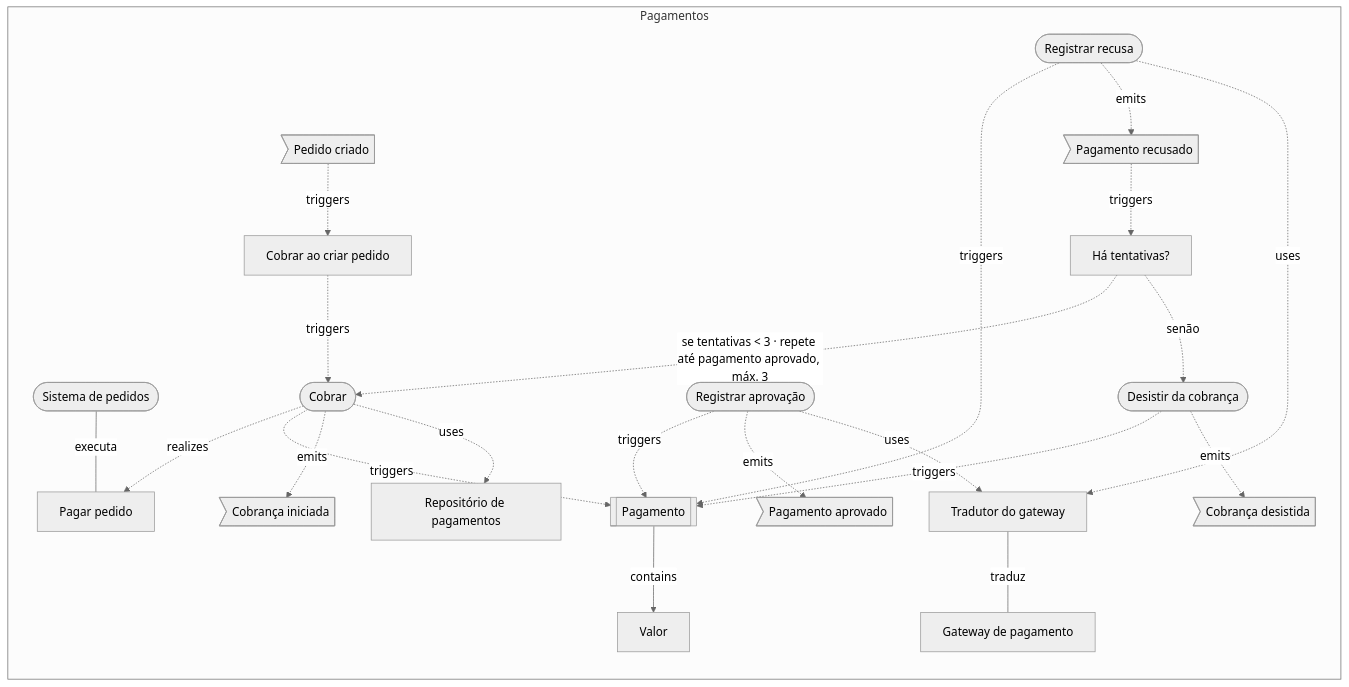
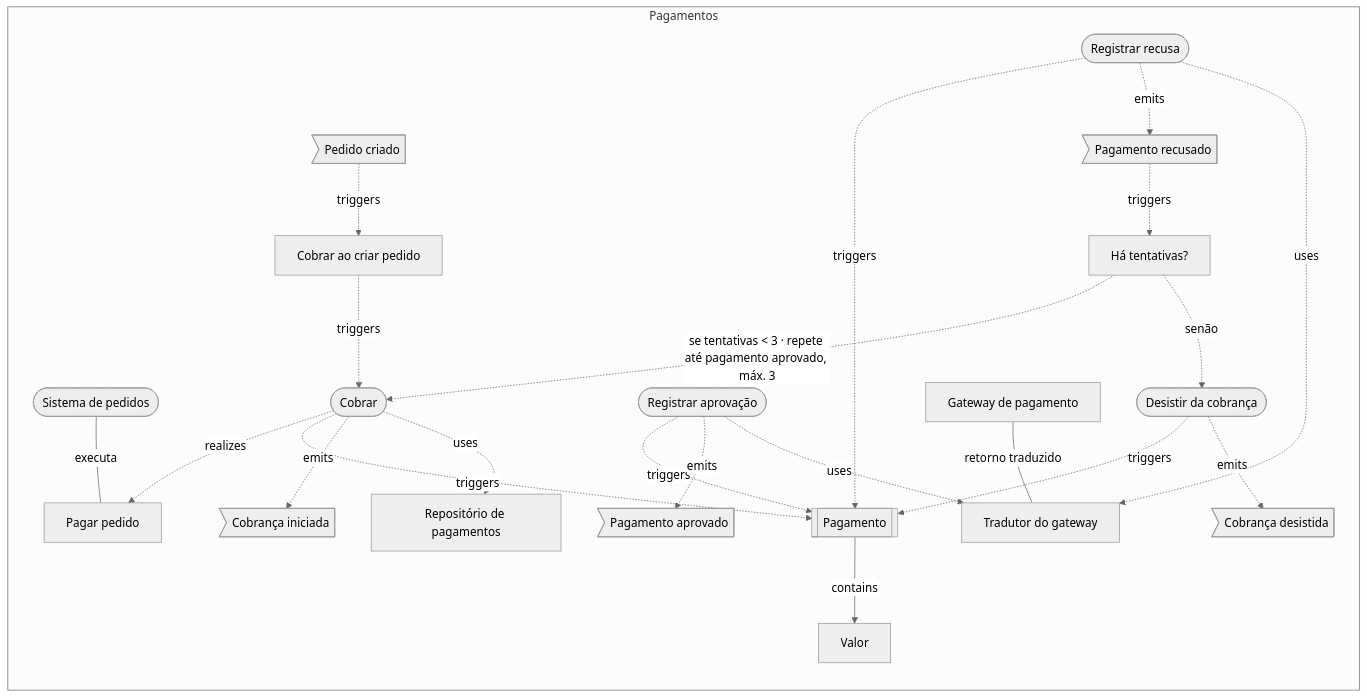
Before and after one commit to joao2end/Archflow: the third of 7 diagrams in examples/exemplos-ddd/delivery/modelo.md, drawn with Mermaid (neutral theme). The commit also changed other lines of this file and 52 other files, not shown here.

````diff
--- a/examples/exemplos-ddd/delivery/modelo.md
+++ b/examples/exemplos-ddd/delivery/modelo.md
@@ -294,43 +304,43 @@
 ```mermaid
 flowchart LR
   subgraph n_pagamentos["Pagamentos"]
     n_sistema_de_pedidos(["Sistema de pedidos"])
     n_pagar_pedido_uc["Pagar pedido"]
     n_pedido_criado>"Pedido criado"]
     n_cobrar_ao_criar_pedido["Cobrar ao criar pedido"]
     n_cobrar(["Cobrar"])
     n_registrar_aprovacao(["Registrar aprovação"])
     n_registrar_recusa(["Registrar recusa"])
     n_desistir_da_cobranca(["Desistir da cobrança"])
     n_pagamento[["Pagamento"]]
     n_valor["Valor"]
     n_cobranca_iniciada>"Cobrança iniciada"]
     n_pagamento_aprovado>"Pagamento aprovado"]
     n_pagamento_recusado>"Pagamento recusado"]
     n_cobranca_desistida>"Cobrança desistida"]
     n_ha_tentativas["Há tentativas?"]
     n_tradutor_do_gateway["Tradutor do gateway"]
     n_gateway_de_pagamento["Gateway de pagamento"]
     n_pagamento_repo["Repositório de pagamentos"]
   end
   n_sistema_de_pedidos ---|"executa"| n_pagar_pedido_uc
   n_cobrar -.->|"realizes"| n_pagar_pedido_uc
   n_pedido_criado -.->|"triggers"| n_cobrar_ao_criar_pedido
   n_cobrar_ao_criar_pedido -.->|"triggers"| n_cobrar
   n_cobrar -.->|"triggers"| n_pagamento
   n_cobrar -.->|"emits"| n_cobranca_iniciada
   n_registrar_aprovacao -.->|"triggers"| n_pagamento
   n_registrar_aprovacao -.->|"emits"| n_pagamento_aprovado
   n_registrar_recusa -.->|"triggers"| n_pagamento
   n_registrar_recusa -.->|"emits"| n_pagamento_recusado
   n_desistir_da_cobranca -.->|"triggers"| n_pagamento
   n_desistir_da_cobranca -.->|"emits"| n_cobranca_desistida
   n_pagamento_recusado -.->|"triggers"| n_ha_tentativas
   n_ha_tentativas -.->|"se tentativas < 3 · repete até pagamento aprovado, máx. 3"| n_cobrar
   n_ha_tentativas -.->|"senão"| n_desistir_da_cobranca
   n_pagamento -->|"contains"| n_valor
   n_registrar_aprovacao -.->|"uses"| n_tradutor_do_gateway
   n_registrar_recusa -.->|"uses"| n_tradutor_do_gateway
   n_cobrar -.->|"uses"| n_pagamento_repo
-  n_tradutor_do_gateway ---|"traduz"| n_gateway_de_pagamento
+  n_gateway_de_pagamento ---|"retorno traduzido"| n_tradutor_do_gateway
 ```
````
